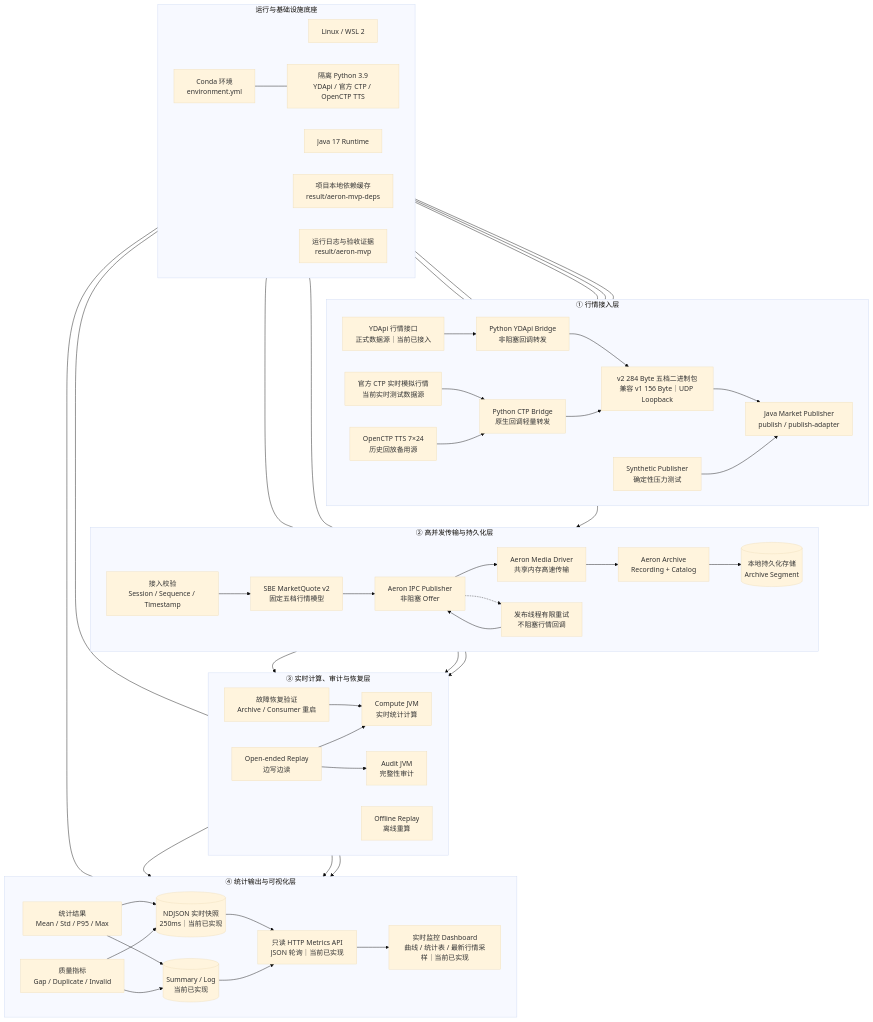
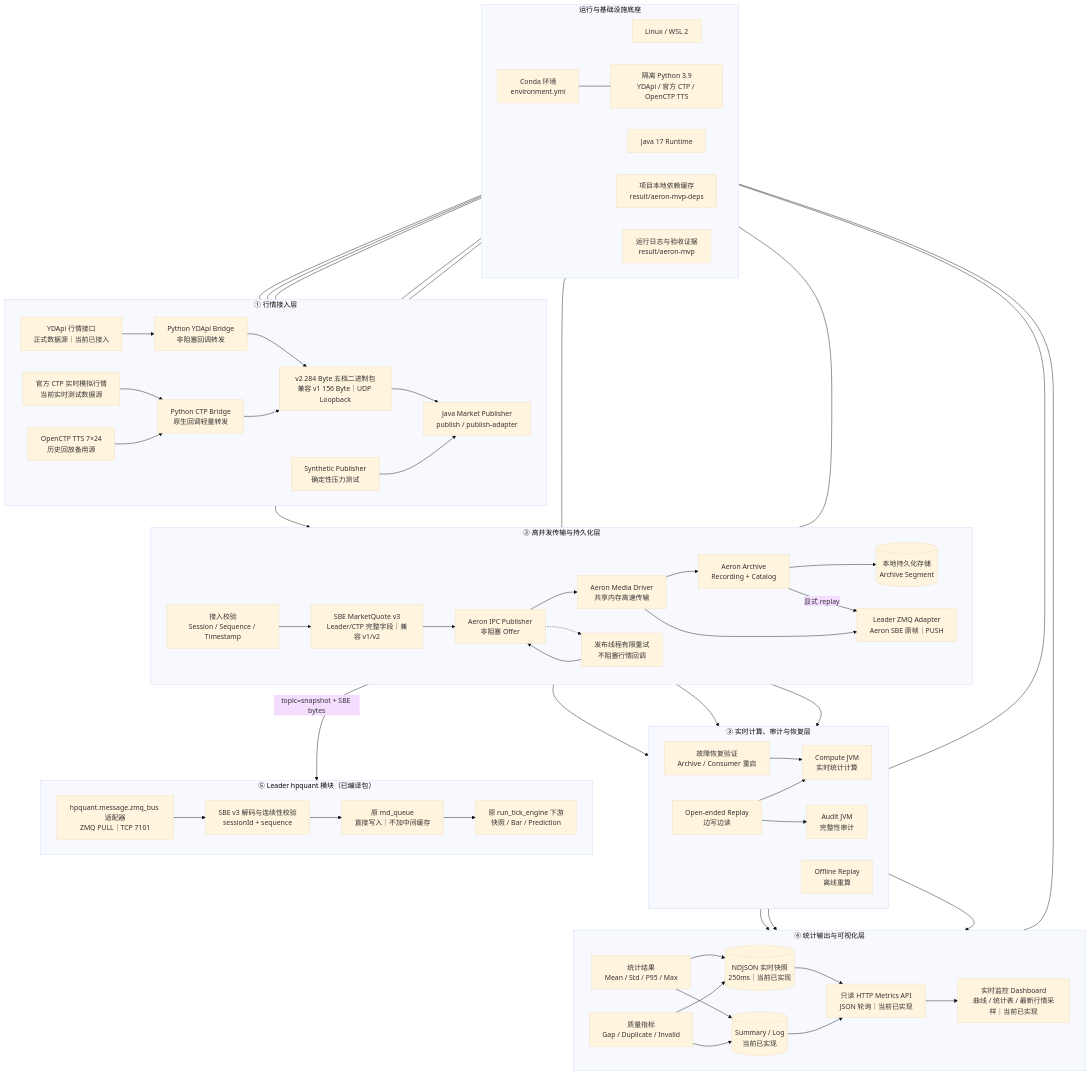
Before and after one commit to 031asa/high-concurrency: the diagram in docs/high-concurrency-architecture.md, drawn with Mermaid (base theme). The commit also changed other lines of this file and 18 other files, not shown here.

Commit message:
feat: bridge Aeron market data into Leader over ZMQ

```diff
--- a/docs/high-concurrency-architecture.md
+++ b/docs/high-concurrency-architecture.md
@@ -22,14 +22,16 @@
     subgraph BUS["② 高并发传输与持久化层"]
         direction LR
         VALID["接入校验<br/>Session / Sequence / Timestamp"]
-        SBE["SBE MarketQuote v2<br/>固定五档行情模型"]
+        SBE["SBE MarketQuote v3<br/>Leader/CTP 完整字段｜兼容 v1/v2"]
         AP["Aeron IPC Publisher<br/>非阻塞 Offer"]
         MD["Aeron Media Driver<br/>共享内存高速传输"]
         AR["Aeron Archive<br/>Recording + Catalog"]
         DISK[("本地持久化存储<br/>Archive Segment")]
         RETRY["发布线程有限重试<br/>不阻塞行情回调"]
+        LZA["Leader ZMQ Adapter<br/>Aeron SBE 原帧｜PUSH"]
 
         JP --> VALID --> SBE --> AP --> MD --> AR --> DISK
+        MD --> LZA
         AP -.-> RETRY
         RETRY --> AP
     end
@@ -47,6 +49,17 @@
         LIVE --> AUDIT
         AR --> REPLAY
         AR --> RECOVERY --> COMPUTE
+        AR -->|显式 replay| LZA
+    end
+
+    subgraph LEADER["⑤ Leader hpquant 模块（已编译包）"]
+        direction LR
+        ZPULL["hpquant.message.zmq_bus 适配器<br/>ZMQ PULL｜TCP 7101"]
+        DECODE["SBE v3 解码与连续性校验<br/>sessionId + sequence"]
+        MDQ["原 md_queue<br/>直接写入｜不加中间缓存"]
+        ENGINE["原 run_tick_engine 下游<br/>快照 / Bar / Prediction"]
+
+        LZA -->|topic=snapshot + SBE bytes| ZPULL --> DECODE --> MDQ --> ENGINE
     end
 
     subgraph OUTPUT["④ 统计输出与可视化层"]
```
